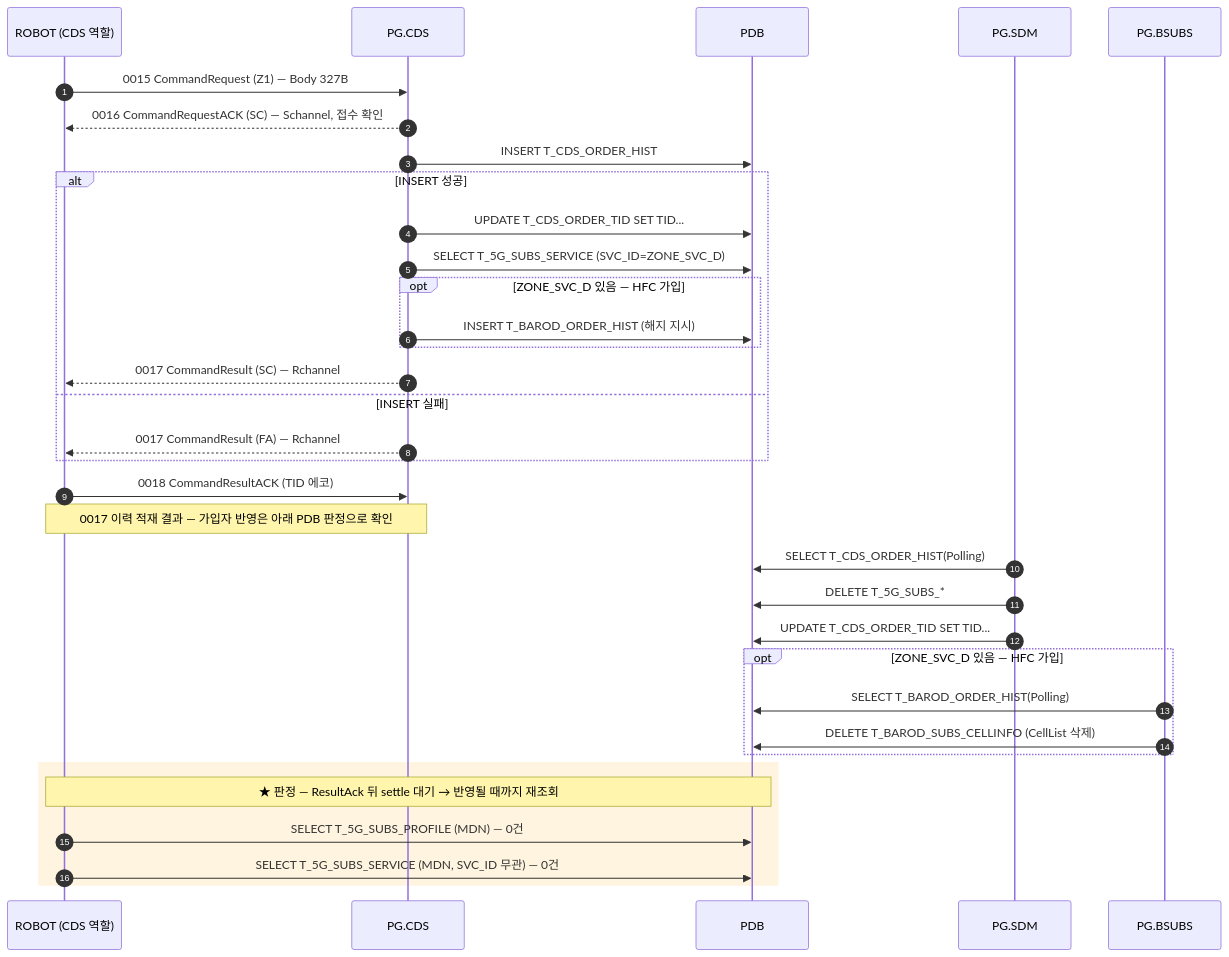
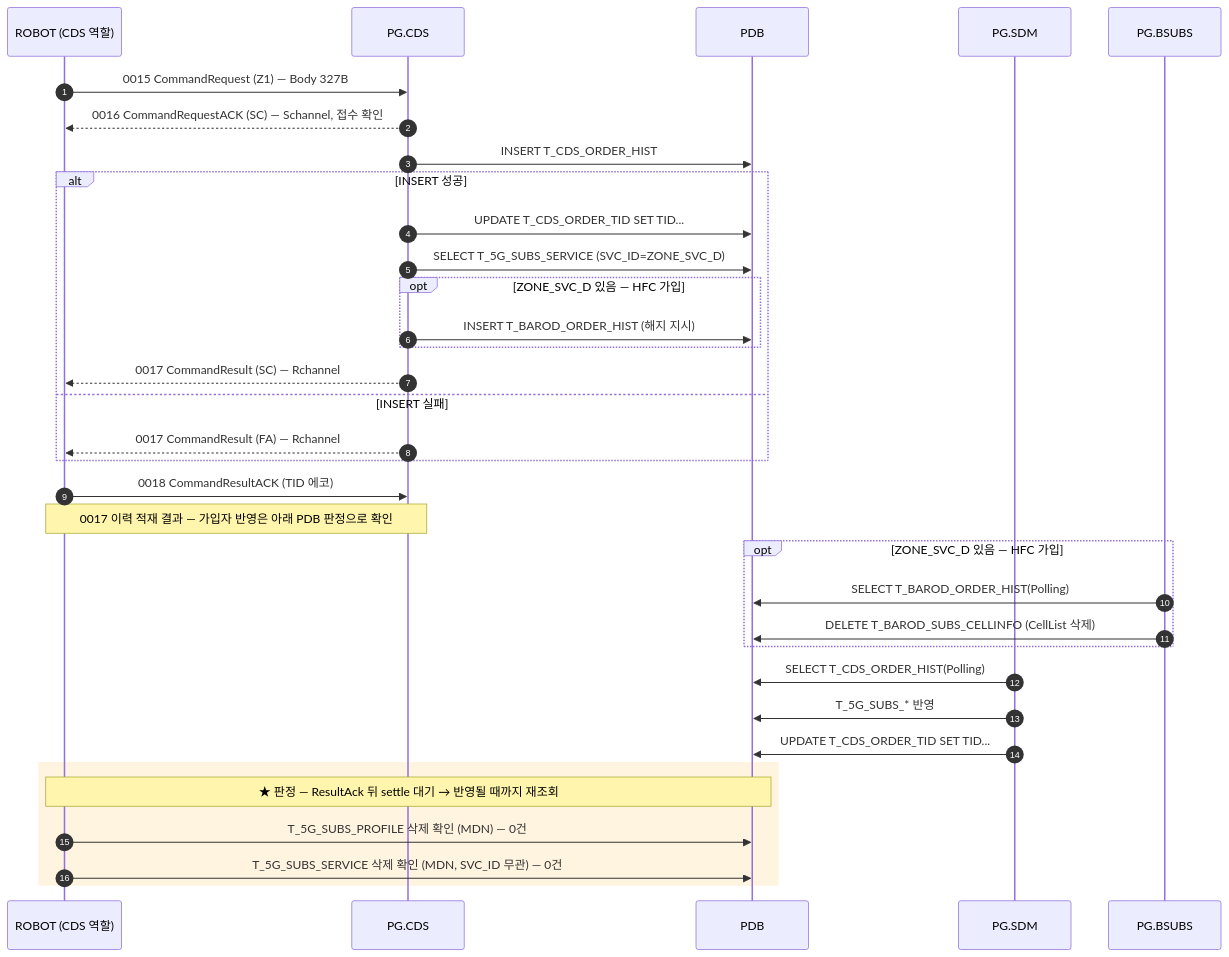
Before and after one commit to IanKim2030/tc4robot: the diagram in docs/callflow/CDS_Z1.md, drawn with Mermaid. The commit also changed other lines of this file and 17 other files, not shown here.

````diff
--- a/docs/callflow/CDS_Z1.md
+++ b/docs/callflow/CDS_Z1.md
@@ -17,38 +17,38 @@
 ```mermaid
 sequenceDiagram
     autonumber
     participant TOOL as ROBOT (CDS 역할)
     participant PCDS as PG.CDS
     participant PDB as PDB
     participant SDM as PG.SDM
     participant BSUBS as PG.BSUBS
 
     TOOL->>PCDS: 0015 CommandRequest (Z1) — Body 327B
     PCDS-->>TOOL: 0016 CommandRequestACK (SC) — Schannel, 접수 확인
     PCDS->>PDB: INSERT T_CDS_ORDER_HIST
     alt INSERT 성공
         PCDS->>PDB: UPDATE T_CDS_ORDER_TID SET TID...
         PCDS->>PDB: SELECT T_5G_SUBS_SERVICE (SVC_ID=ZONE_SVC_D)
         opt ZONE_SVC_D 있음 — HFC 가입
             PCDS->>PDB: INSERT T_BAROD_ORDER_HIST (해지 지시)
         end
         PCDS-->>TOOL: 0017 CommandResult (SC) — Rchannel
     else INSERT 실패
         PCDS-->>TOOL: 0017 CommandResult (FA) — Rchannel
     end
     TOOL->>PCDS: 0018 CommandResultACK (TID 에코)
     Note over TOOL,PCDS: 0017 이력 적재 결과 — 가입자 반영은 아래 PDB 판정으로 확인
 
-    SDM->>PDB: SELECT T_CDS_ORDER_HIST(Polling)
-    SDM->>PDB: DELETE T_5G_SUBS_*
-    SDM->>PDB: UPDATE T_CDS_ORDER_TID SET TID...
     opt ZONE_SVC_D 있음 — HFC 가입
         BSUBS->>PDB: SELECT T_BAROD_ORDER_HIST(Polling)
         BSUBS->>PDB: DELETE T_BAROD_SUBS_CELLINFO (CellList 삭제)
     end
+    SDM->>PDB: SELECT T_CDS_ORDER_HIST(Polling)
+    SDM->>PDB: T_5G_SUBS_* 반영
+    SDM->>PDB: UPDATE T_CDS_ORDER_TID SET TID...
     rect rgba(255, 176, 32, 0.14)
     Note over TOOL,PDB: ★ 판정 — ResultAck 뒤 settle 대기 → 반영될 때까지 재조회
-        TOOL->>PDB: SELECT T_5G_SUBS_PROFILE (MDN) — 0건
-        TOOL->>PDB: SELECT T_5G_SUBS_SERVICE (MDN, SVC_ID 무관) — 0건
+        TOOL->>PDB: T_5G_SUBS_PROFILE 삭제 확인 (MDN) — 0건
+        TOOL->>PDB: T_5G_SUBS_SERVICE 삭제 확인 (MDN, SVC_ID 무관) — 0건
     end
 ```
````
